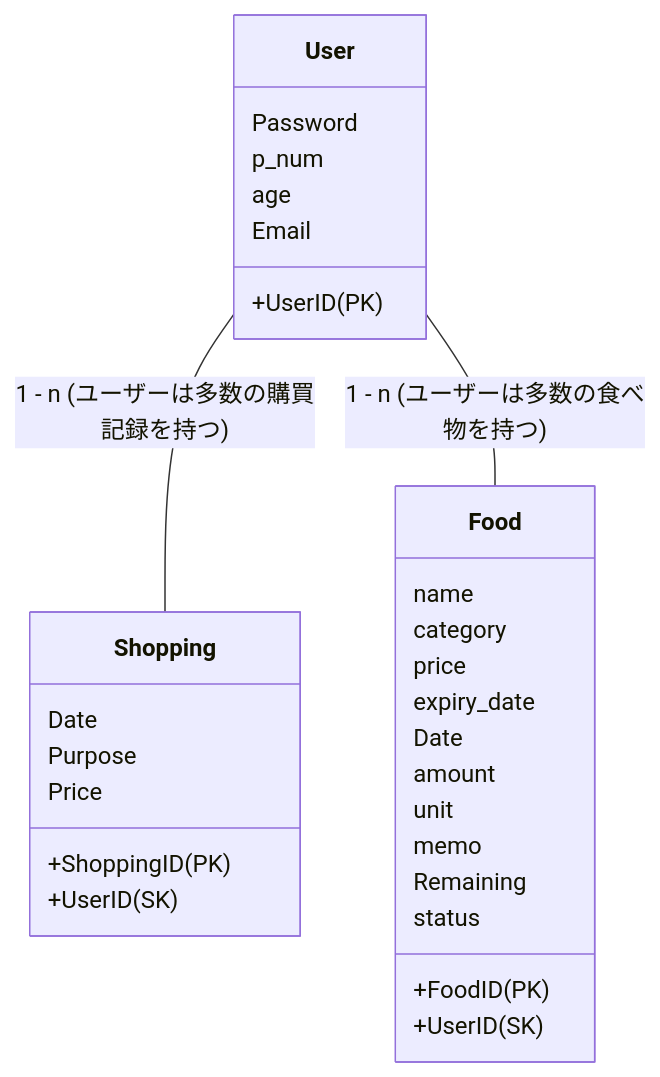
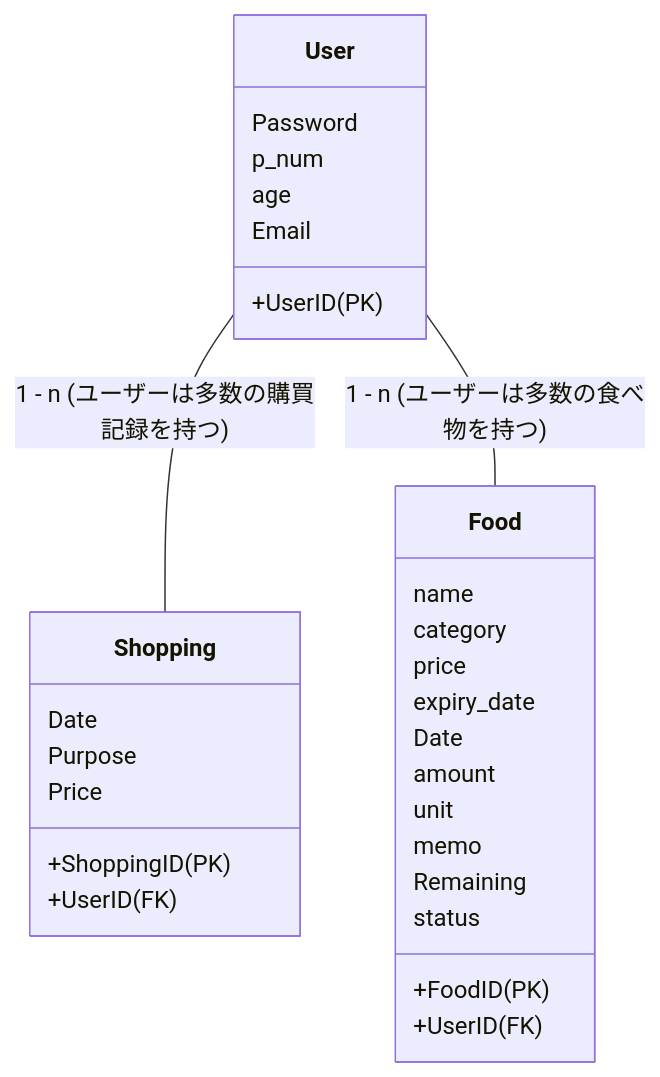
The diagram in README.md (sugityan/manage_food_expensive), drawn with Mermaid before and after one commit.

Commit message:
Write database blueprint

````diff
--- a/README.md
+++ b/README.md
@@ -91,37 +91,37 @@
 ```mermaid
 classDiagram
     User -- Shopping : 1 - n (ユーザーは多数の購買記録を持つ)
     User -- Food : 1 - n (ユーザーは多数の食べ物を持つ)
 
     class User {
         +UserID (PK)
         Password
         p_num
         age
         Email
     }
 
     class Food {
        +FoodID(PK)
-       +UserID(SK)
+       +UserID(FK)
        name
        category
        price
        expiry_date
        Date
        amount
        unit
        memo
        Remaining
        status
     }
 
     class Shopping {
         +ShoppingID (PK)
-        +UserID (SK)
+        +UserID (FK)
         Date
         Purpose
         Price
     }
 
 ```
````
